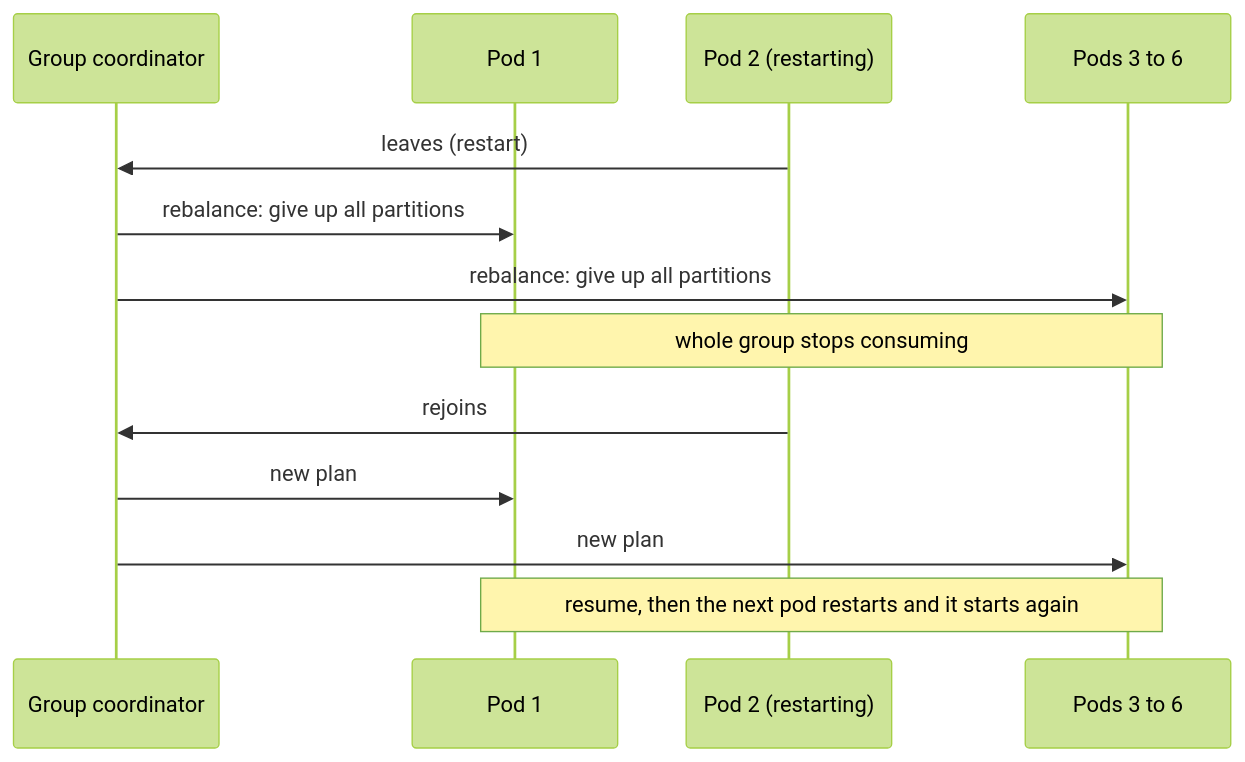
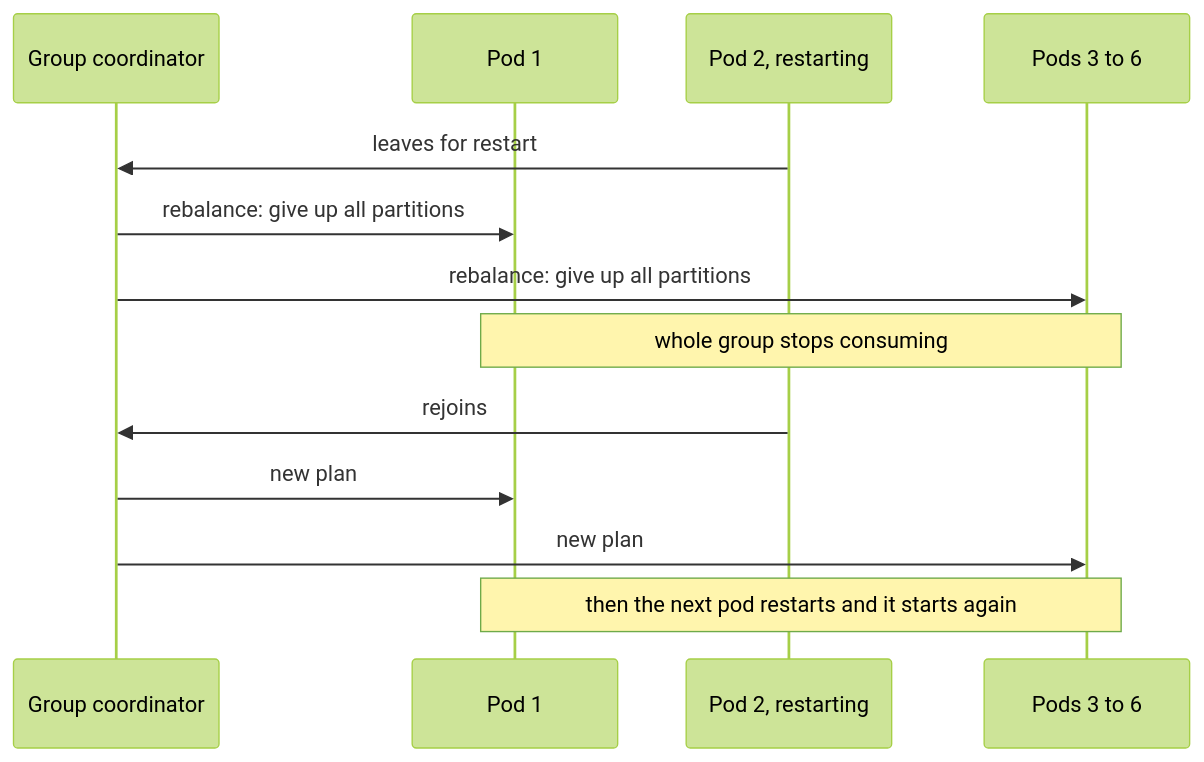
The first of 2 diagrams in notes/02-messaging/02-kafka/07-rebalancing-static-membership.md (jubin-techwiz/learning), drawn with Mermaid (forest theme) before and after one commit. The commit also changed other lines of this file and 37 other files, not shown here.

````diff
--- a/notes/02-messaging/02-kafka/07-rebalancing-static-membership.md
+++ b/notes/02-messaging/02-kafka/07-rebalancing-static-membership.md
@@ -26,15 +54,15 @@
 ```mermaid
 sequenceDiagram
     participant G as Group coordinator
     participant A as Pod 1
-    participant B as Pod 2 (restarting)
+    participant B as Pod 2, restarting
     participant C as Pods 3 to 6
-    B->>G: leaves (restart)
+    B->>G: leaves for restart
     G->>A: rebalance: give up all partitions
     G->>C: rebalance: give up all partitions
     Note over A,C: whole group stops consuming
     B->>G: rejoins
     G->>A: new plan
     G->>C: new plan
-    Note over A,C: resume, then the next pod restarts and it starts again
+    Note over A,C: then the next pod restarts and it starts again
 ```
````
